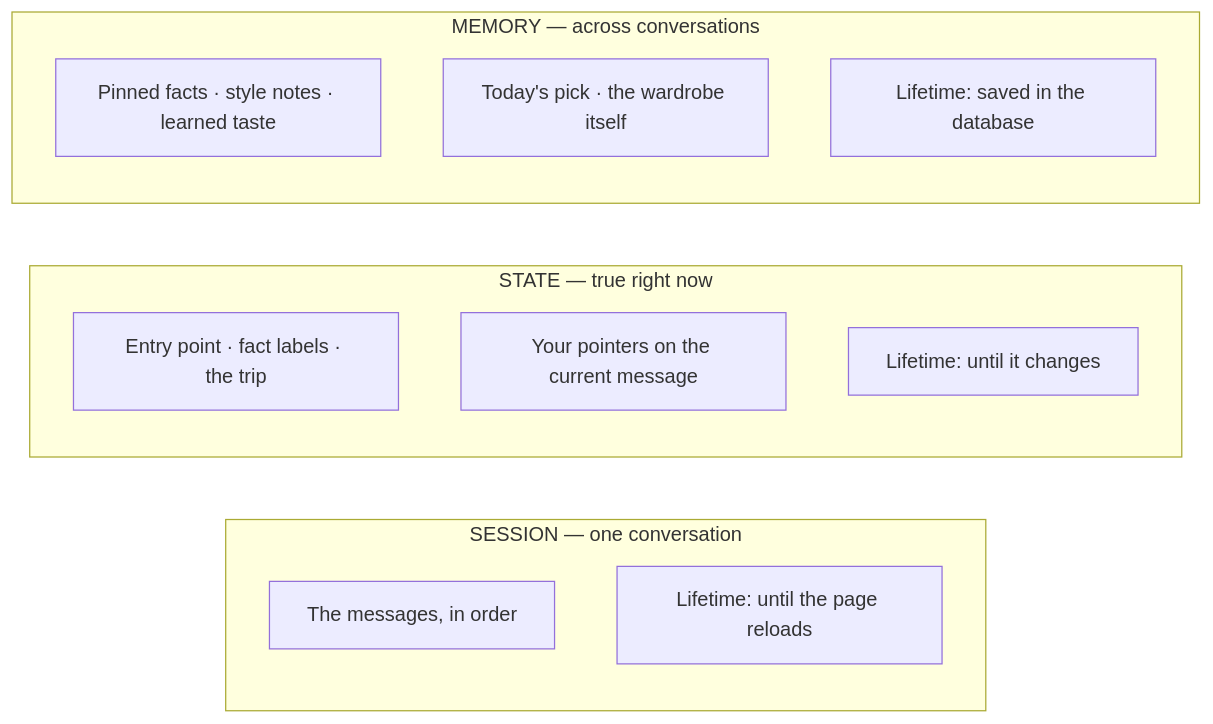
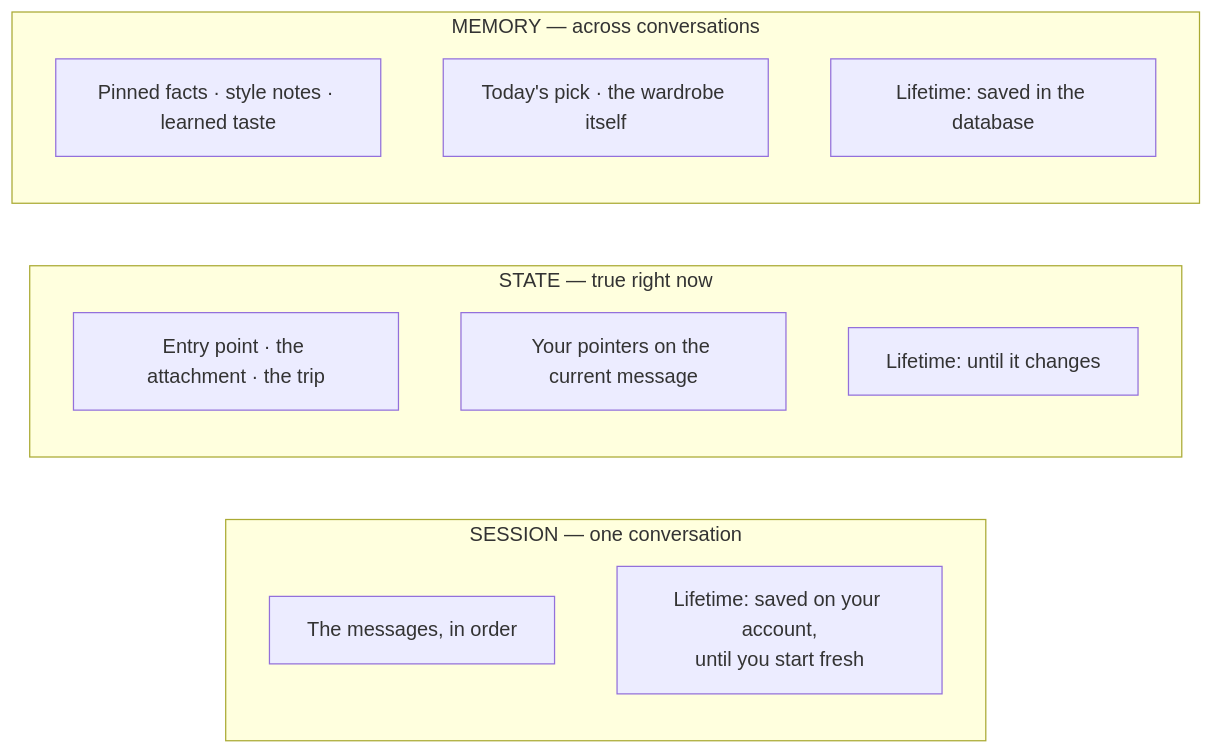
The third of 3 diagrams in docs/AGENT-ARCHITECTURE.md (nachiketmparanjape/the-closet), drawn with Mermaid before and after one commit. The commit also changed other lines of this file and 1 other file, not shown here.

First line of the commit message:
docs: AGENT-ARCHITECTURE to the post-UX-18 state; CONTEXT-MODEL marked built

````diff
--- a/docs/AGENT-ARCHITECTURE.md
+++ b/docs/AGENT-ARCHITECTURE.md
@@ -103,17 +106,17 @@
 ```mermaid
 flowchart LR
     subgraph Session["SESSION — one conversation"]
         S1["The messages, in order"]
-        S2["Lifetime: until the page reloads"]
+        S2["Lifetime: saved on your account,<br/>until you start fresh"]
     end
     subgraph State["STATE — true right now"]
-        T1["Entry point · fact labels · the trip"]
+        T1["Entry point · the attachment · the trip"]
         T2["Your pointers on the current message"]
         T3["Lifetime: until it changes"]
     end
     subgraph Memory["MEMORY — across conversations"]
         M1["Pinned facts · style notes · learned taste"]
         M2["Today's pick · the wardrobe itself"]
         M3["Lifetime: saved in the database"]
     end
 ```
````
